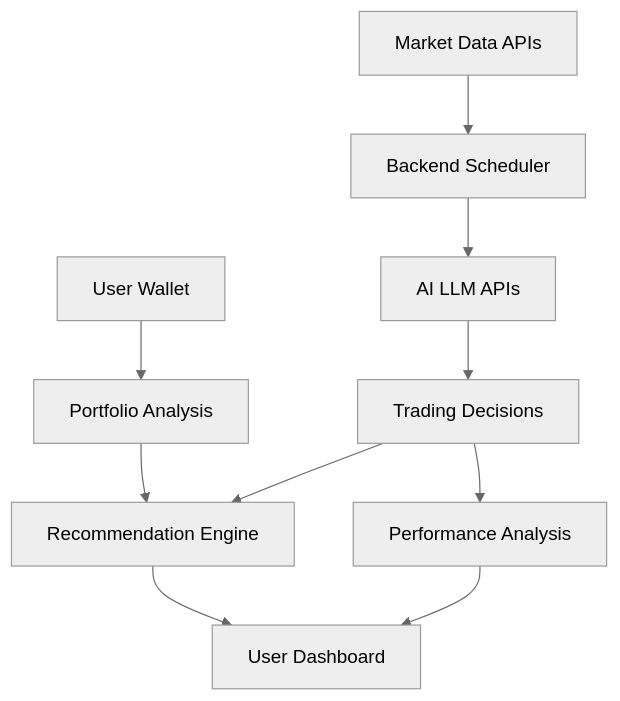
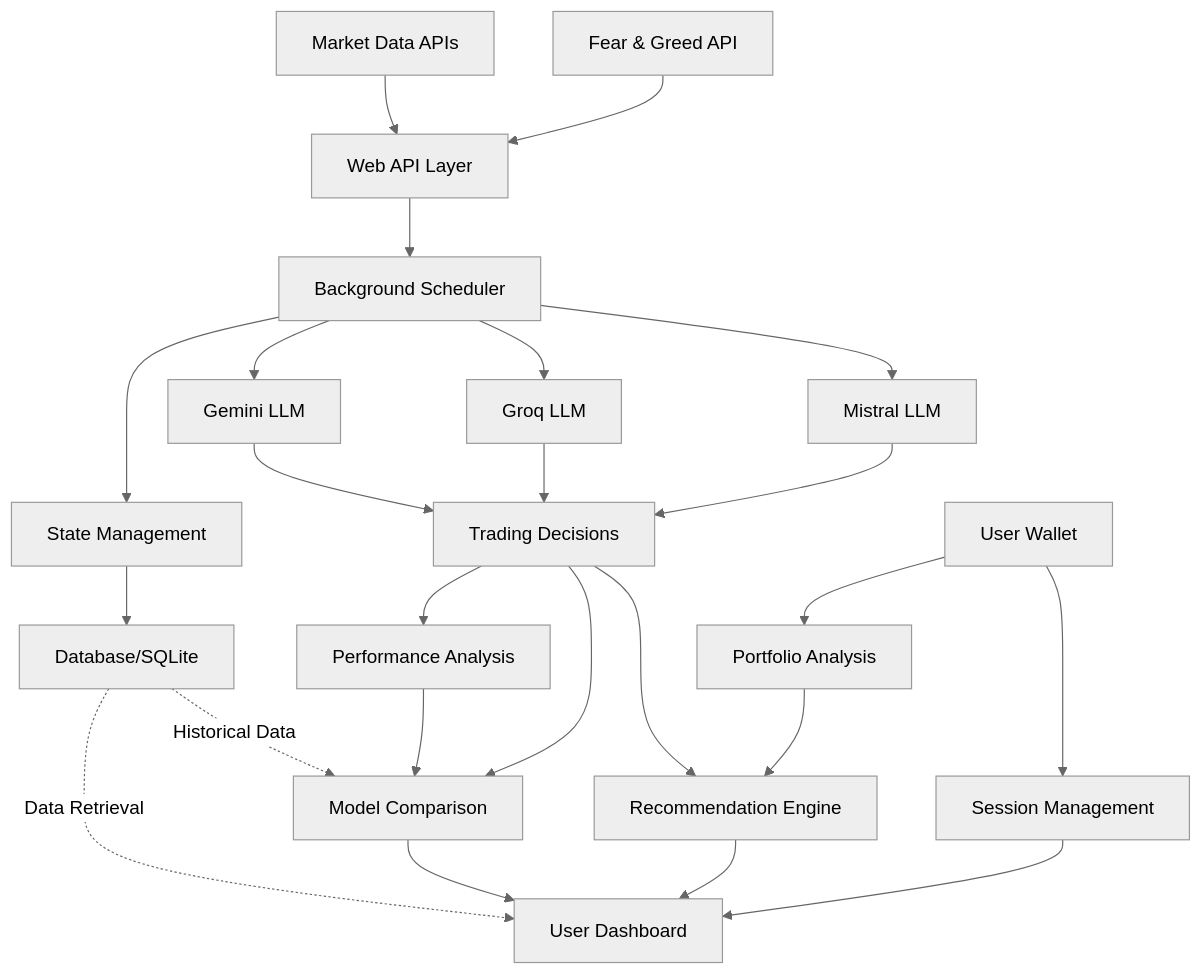
One commit to Qbandev/stbchef changed the diagram in README.md. Above: the diagram before and after it, drawn with Mermaid (neutral theme). The commit also changed other lines of this file, not shown here.

Commit message:
feat: update readme (#16)

````diff
--- a/README.md
+++ b/README.md
@@ -61,12 +80,32 @@
 ```mermaid
 graph TD
-    A[Market Data APIs] --> B[Backend Scheduler]
-    B --> C[AI LLM APIs]
-    C --> D[Trading Decisions]
-    D --> E[Performance Analysis]
-    F[User Wallet] --> G[Portfolio Analysis]
-    G --> H[Recommendation Engine]
-    D --> H
-    H --> I[User Dashboard]
-    E --> I
+    A[Market Data APIs] --> B[Web API Layer]
+    M[Fear & Greed API] --> B
+    B --> C[Background Scheduler]
+    C --> P[State Management]
+    P --> D[Database/SQLite]
+    
+    C --> E1[Gemini LLM]
+    C --> E2[Groq LLM]
+    C --> E3[Mistral LLM]
+    
+    E1 --> F[Trading Decisions]
+    E2 --> F
+    E3 --> F
+    
+    F --> G[Performance Analysis]
+    F --> K[Model Comparison]
+    G --> K
+    
+    H[User Wallet] --> I[Portfolio Analysis]
+    H --> J[Session Management]
+    I --> L[Recommendation Engine]
+    F --> L
+    
+    L --> N[User Dashboard]
+    K --> N
+    J --> N
+    
+    D -.-> |Data Retrieval| N
+    D -.-> |Historical Data| K
 ```
````
